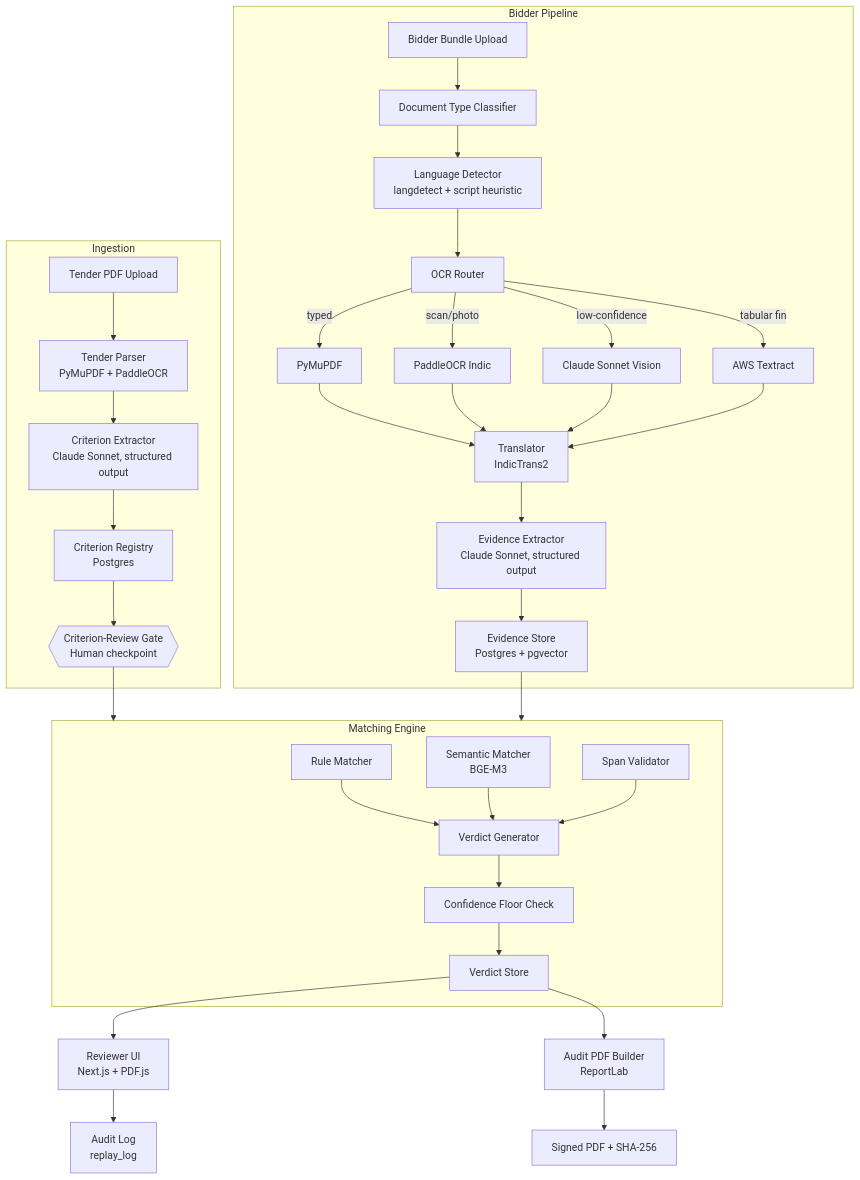
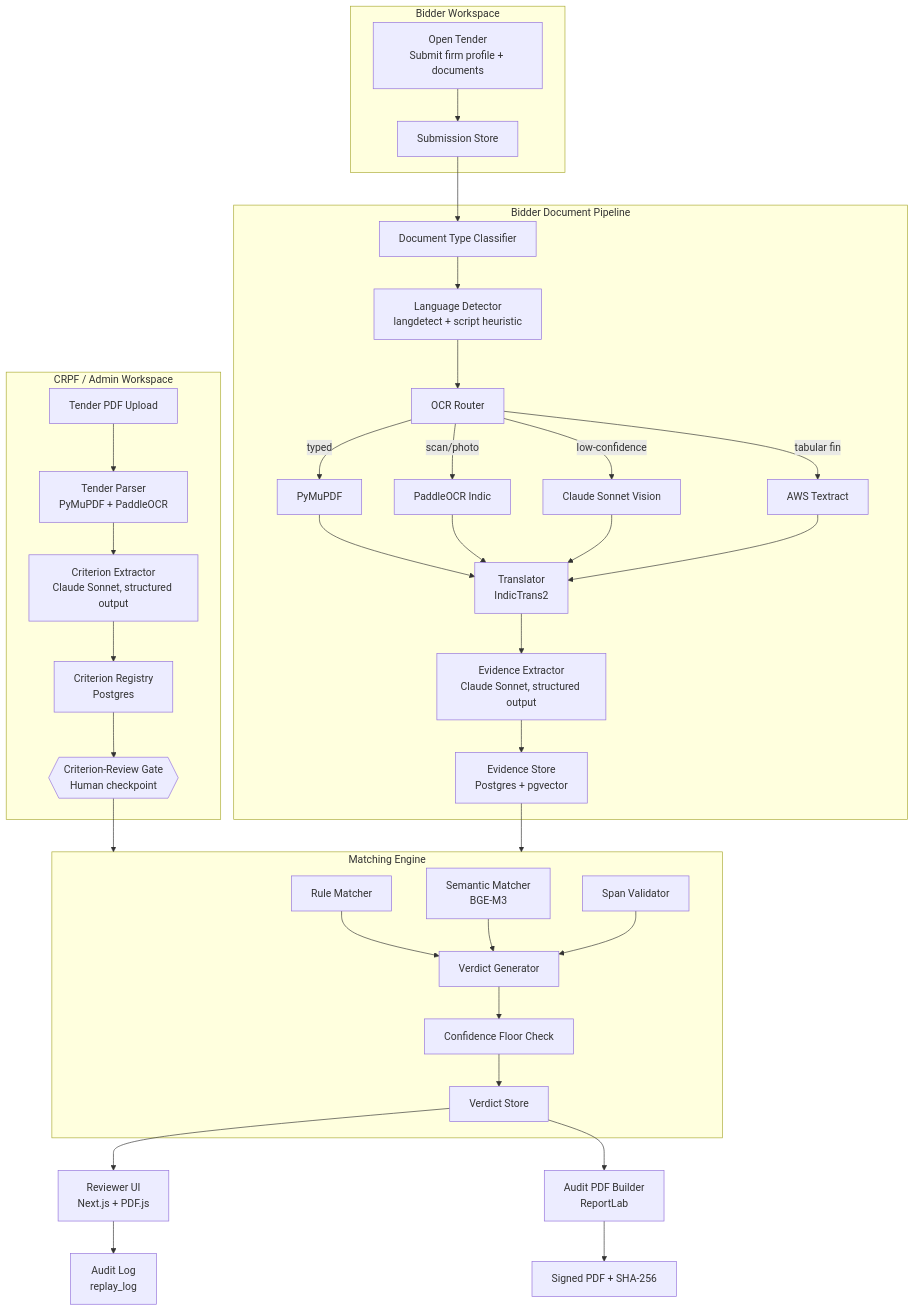
The diagram in docs/ARCHITECTURE.md (kumarpushpam17-personal/TenderSaarthi), drawn with Mermaid before and after one commit. The commit also changed other lines of this file and 15 other files, not shown here.

Commit message:
docs: clarify admin and bidder workflows

````diff
--- a/docs/ARCHITECTURE.md
+++ b/docs/ARCHITECTURE.md
@@ -7,38 +7,42 @@
 ```mermaid
 flowchart TB
-  subgraph Ingestion
+  subgraph AdminWorkspace[CRPF / Admin Workspace]
     A[Tender PDF Upload] --> B[Tender Parser<br/>PyMuPDF + PaddleOCR]
     B --> C[Criterion Extractor<br/>Claude Sonnet, structured output]
     C --> D[Criterion Registry<br/>Postgres]
     D --> E{{Criterion-Review Gate<br/>Human checkpoint}}
   end
 
-  subgraph BidderPipeline[Bidder Pipeline]
-    F[Bidder Bundle Upload] --> G[Document Type Classifier]
-    G --> H[Language Detector<br/>langdetect + script heuristic]
-    H --> I[OCR Router]
-    I -->|typed| J[PyMuPDF]
-    I -->|scan/photo| K[PaddleOCR Indic]
-    I -->|low-confidence| L[Claude Sonnet Vision]
-    I -->|tabular fin| M[AWS Textract]
-    J & K & L & M --> N[Translator<br/>IndicTrans2]
-    N --> O[Evidence Extractor<br/>Claude Sonnet, structured output]
-    O --> P[Evidence Store<br/>Postgres + pgvector]
+  subgraph BidderWorkspace[Bidder Workspace]
+    F[Open Tender<br/>Submit firm profile + documents] --> G[Submission Store]
+  end
+
+  subgraph BidderPipeline[Bidder Document Pipeline]
+    G --> H[Document Type Classifier]
+    H --> I[Language Detector<br/>langdetect + script heuristic]
+    I --> J[OCR Router]
+    J -->|typed| K[PyMuPDF]
+    J -->|scan/photo| L[PaddleOCR Indic]
+    J -->|low-confidence| M[Claude Sonnet Vision]
+    J -->|tabular fin| N[AWS Textract]
+    K & L & M & N --> O[Translator<br/>IndicTrans2]
+    O --> P[Evidence Extractor<br/>Claude Sonnet, structured output]
+    P --> Q[Evidence Store<br/>Postgres + pgvector]
   end
 
   E --> MatchingEngine
-  P --> MatchingEngine
+  Q --> MatchingEngine
 
   subgraph MatchingEngine[Matching Engine]
-    Q[Rule Matcher] --> T[Verdict Generator]
-    R[Semantic Matcher<br/>BGE-M3] --> T
-    S[Span Validator] --> T
-    T --> U[Confidence Floor Check]
-    U --> V[Verdict Store]
+    R[Rule Matcher] --> U[Verdict Generator]
+    S[Semantic Matcher<br/>BGE-M3] --> U
+    T[Span Validator] --> U
+    U --> V[Confidence Floor Check]
+    V --> W[Verdict Store]
   end
 
-  V --> W[Reviewer UI<br/>Next.js + PDF.js]
-  W --> X[Audit Log<br/>replay_log]
-  V --> Y[Audit PDF Builder<br/>ReportLab]
-  Y --> Z[Signed PDF + SHA-256]
+  W --> X[Reviewer UI<br/>Next.js + PDF.js]
+  X --> Y[Audit Log<br/>replay_log]
+  W --> Z[Audit PDF Builder<br/>ReportLab]
+  Z --> AA[Signed PDF + SHA-256]
 ```
````
